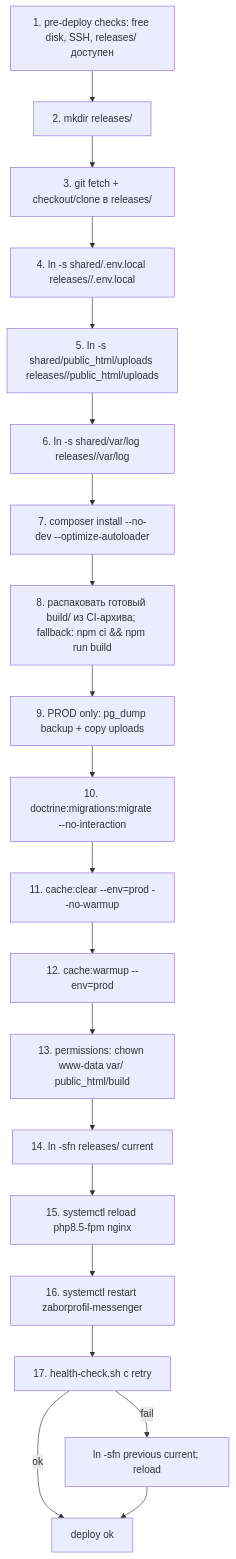
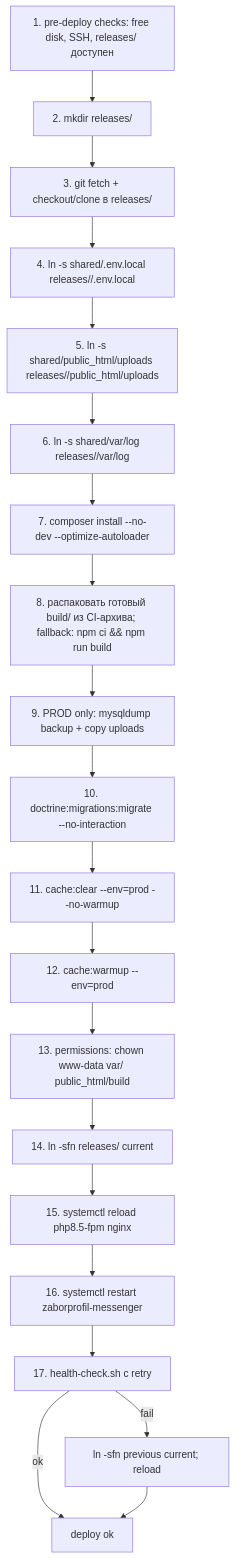
Before and after one commit to ariestop/zaborprofil: the diagram in docs/34-deployment.md, drawn with Mermaid. The commit also changed other lines of this file and 50 other files, not shown here.

````diff
--- a/docs/34-deployment.md
+++ b/docs/34-deployment.md
@@ -72,22 +71,22 @@
 ```mermaid
 flowchart TB
     s1[1. pre-deploy checks: free disk, SSH, releases/ доступен] --> s2[2. mkdir releases/<ts>]
     s2 --> s3[3. git fetch + checkout/clone в releases/<ts>]
     s3 --> s4[4. ln -s shared/.env.local releases/<ts>/.env.local]
     s4 --> s5[5. ln -s shared/public_html/uploads releases/<ts>/public_html/uploads]
     s5 --> s6[6. ln -s shared/var/log releases/<ts>/var/log]
     s6 --> s7[7. composer install --no-dev --optimize-autoloader]
     s7 --> s8[8. распаковать готовый build/ из CI-архива; fallback: npm ci && npm run build]
-    s8 --> s9[9. PROD only: pg_dump backup + copy uploads]
+    s8 --> s9[9. PROD only: mysqldump backup + copy uploads]
     s9 --> s10[10. doctrine:migrations:migrate --no-interaction]
     s10 --> s11[11. cache:clear --env=prod --no-warmup]
     s11 --> s12[12. cache:warmup --env=prod]
     s12 --> s13[13. permissions: chown www-data var/ public_html/build]
     s13 --> s14[14. ln -sfn releases/<ts> current]
     s14 --> s15[15. systemctl reload php8.5-fpm nginx]
     s15 --> s16[16. systemctl restart zaborprofil-messenger]
     s16 --> s17[17. health-check.sh с retry]
     s17 -->|ok| Done[deploy ok]
     s17 -->|fail| Rollback[ln -sfn previous current; reload]
     Rollback --> Done
 ```
````
